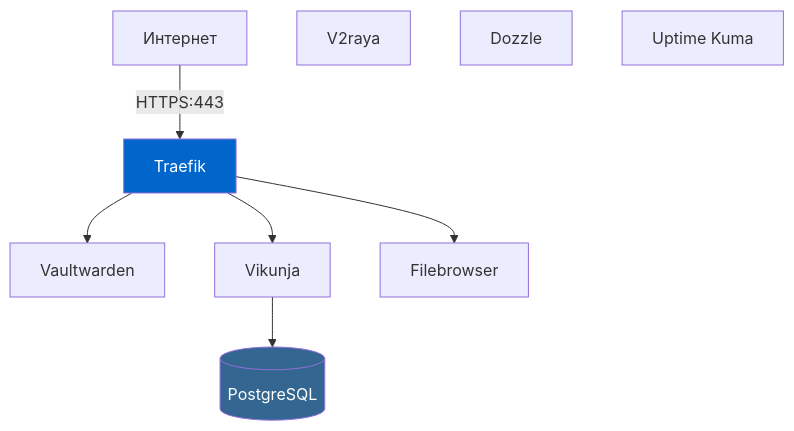
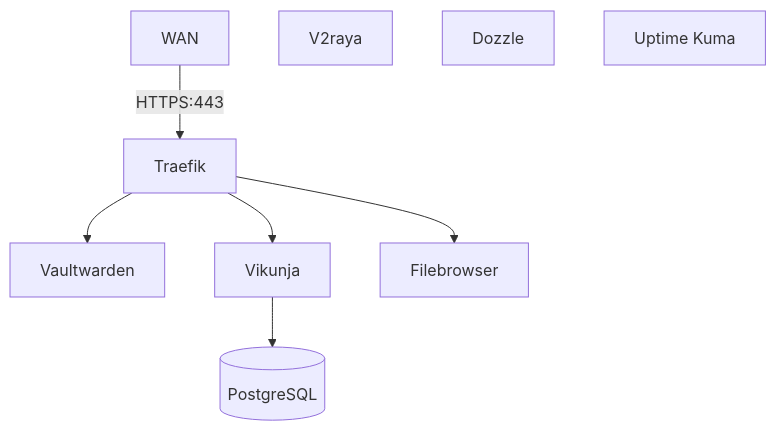
The diagram in docs/index.md (akhmetov-dev/self-hosted-apps), drawn with Mermaid before and after one commit.

Commit message:
docs: restructure diagram

````diff
--- a/docs/index.md
+++ b/docs/index.md
@@ -7,20 +7,18 @@
 ```mermaid
 graph TB
-    Internet[Интернет]
+    WAN[WAN]
     Traefik[Traefik]
-    
-    Internet -->|HTTPS:443| Traefik
-    
-    Traefik --> Vaultwarden[Vaultwarden]
-    Traefik --> Vikunja[Vikunja]
-    Traefik --> Filebrowser[Filebrowser]
-    
-    Vikunja --> DB[(PostgreSQL)]
-    
     V2raya[V2raya]
     Dozzle[Dozzle]
     Kuma[Uptime Kuma]
-    
-    style Traefik fill:#0066cc,color:#fff
-    style DB fill:#336791,color:#fff
+    Vaultwarden[Vaultwarden]
+    Vikunja[Vikunja]
+    Filebrowser[Filebrowser]
+    DB[(PostgreSQL)]
+
+    WAN -->|HTTPS:443| Traefik
+    Traefik --> Vaultwarden
+    Traefik --> Vikunja
+    Traefik --> Filebrowser
+    Vikunja --> DB
 ```
````
